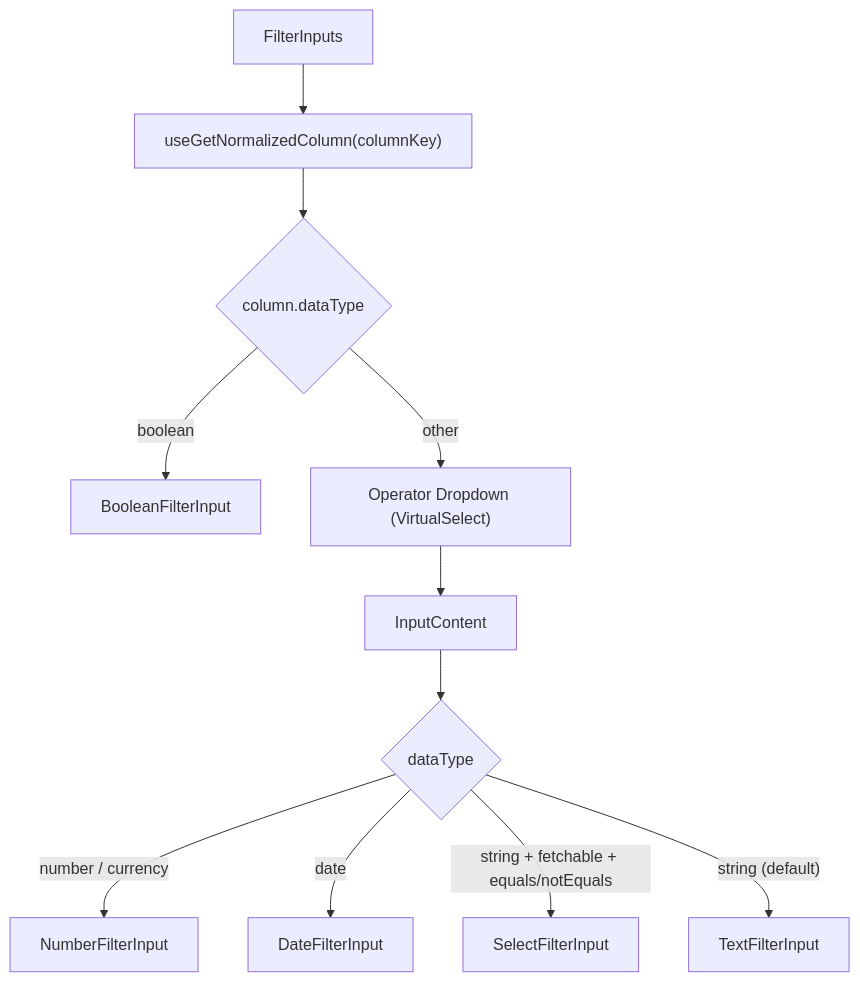
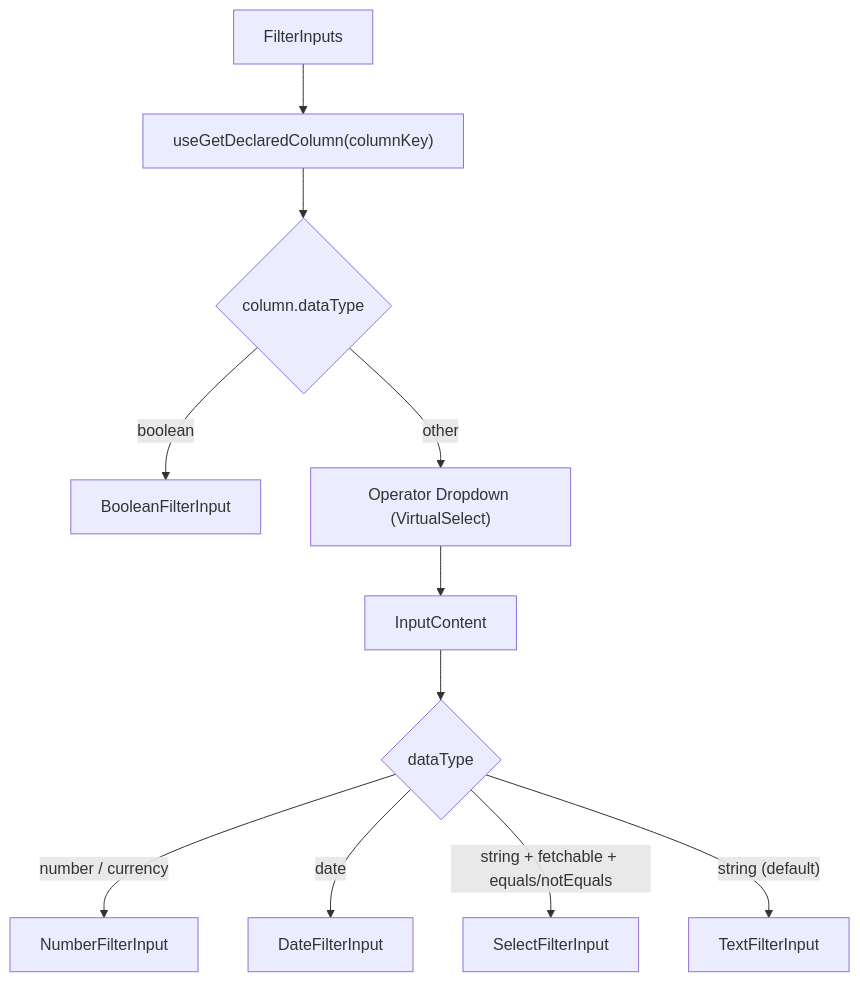
The first of 2 diagrams in packages/ui/src/components/Table/filters/ARCHITECTURE.md (luciocabrera/lcabrera-stack), drawn with Mermaid before and after one commit. The commit also changed other lines of this file and 70 other files, not shown here.

````diff
--- a/packages/ui/src/components/Table/filters/ARCHITECTURE.md
+++ b/packages/ui/src/components/Table/filters/ARCHITECTURE.md
@@ -76,15 +76,15 @@
 ```mermaid
 graph TD
-  FI["FilterInputs"] --> col["useGetNormalizedColumn(columnKey)"]
+  FI["FilterInputs"] --> col["useGetDeclaredColumn(columnKey)"]
   col --> dt{"column.dataType"}
 
   dt -->|boolean| BI["BooleanFilterInput"]
   dt -->|other| OP["Operator Dropdown (VirtualSelect)"]
   OP --> IC["InputContent"]
 
   IC --> dt2{"dataType"}
   dt2 -->|"number / currency"| NI["NumberFilterInput"]
   dt2 -->|date| DI["DateFilterInput"]
   dt2 -->|"string + fetchable + equals/notEquals"| SI["SelectFilterInput"]
   dt2 -->|"string (default)"| TI["TextFilterInput"]
 ```
````
